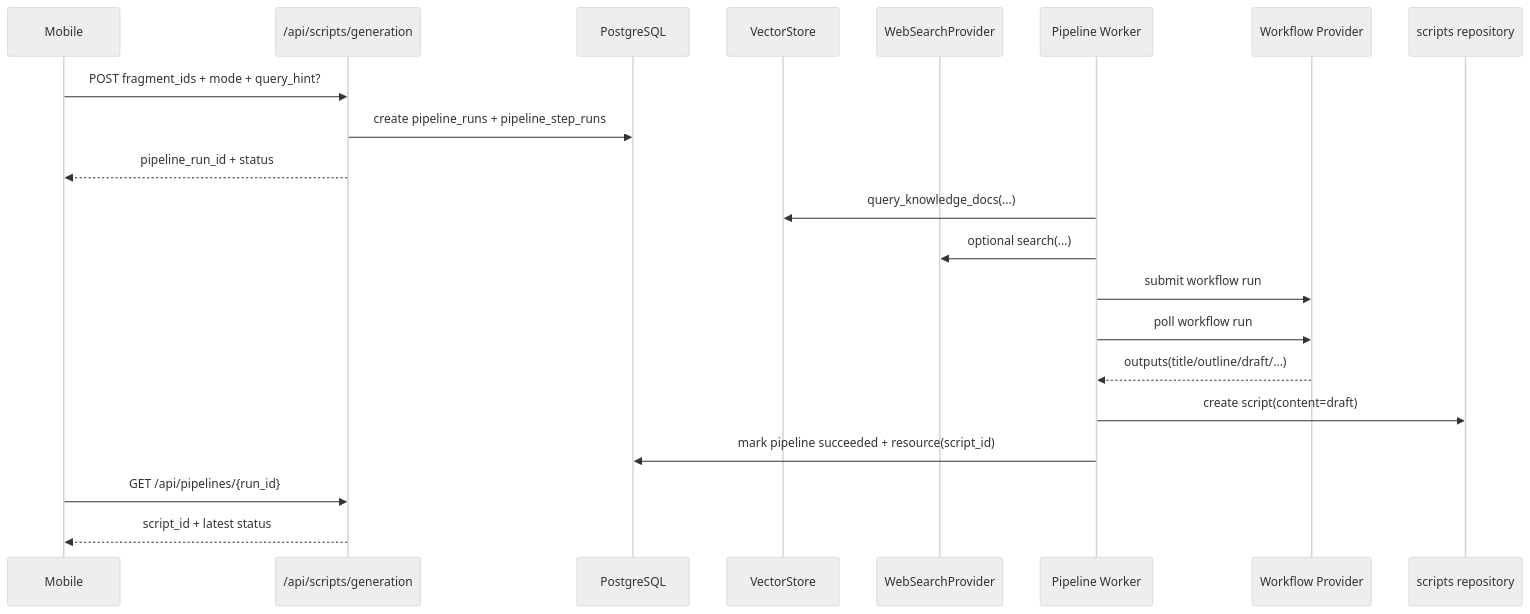
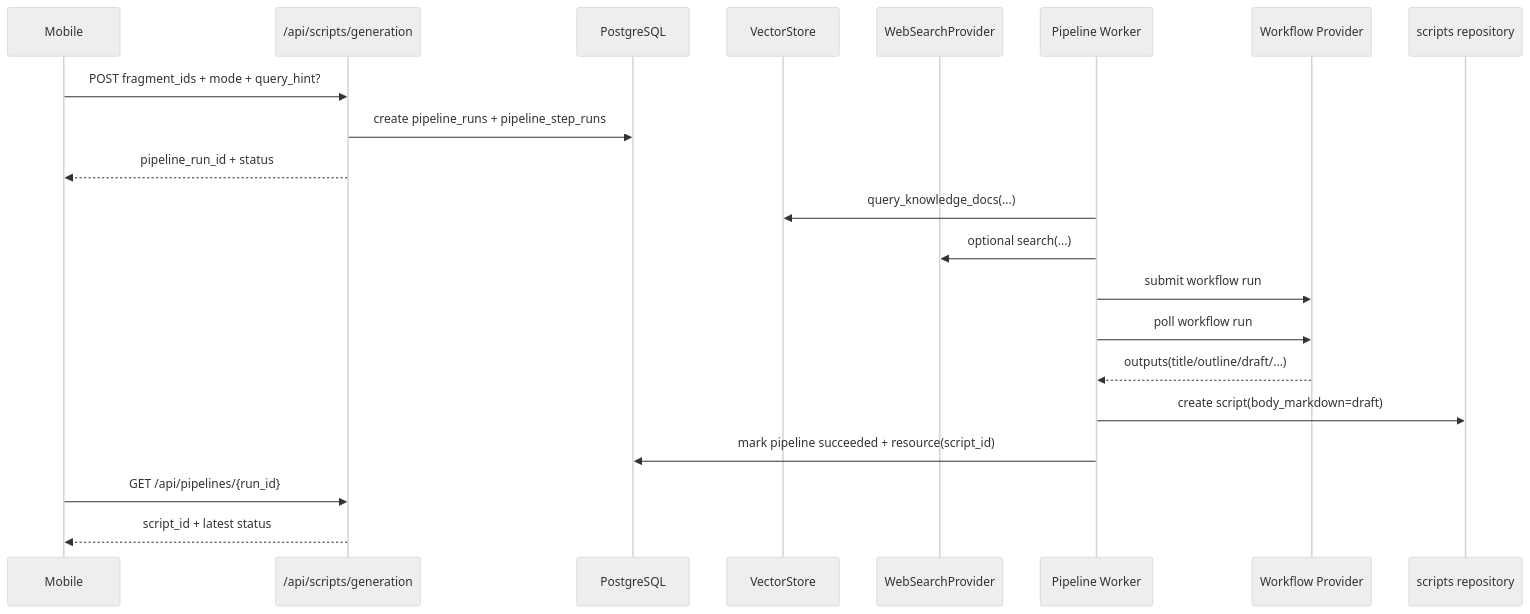
One commit to YCZA2/SparkFlow changed the sixth of 9 diagrams in memory-bank/architecture.md. Above: the diagram before and after it, drawn with Mermaid (neutral theme). The commit also changed other lines of this file and 22 other files, not shown here.

````diff
--- a/memory-bank/architecture.md
+++ b/memory-bank/architecture.md
@@ -318,24 +318,24 @@
 ```mermaid
 sequenceDiagram
     participant App as Mobile
     participant API as /api/scripts/generation
     participant DB as PostgreSQL
     participant VDB as VectorStore
     participant WEB as WebSearchProvider
     participant PIPE as Pipeline Worker
     participant WFP as Workflow Provider
     participant SCRIPT as scripts repository
 
     App->>API: POST fragment_ids + mode + query_hint?
     API->>DB: create pipeline_runs + pipeline_step_runs
     API-->>App: pipeline_run_id + status
     PIPE->>VDB: query_knowledge_docs(...)
     PIPE->>WEB: optional search(...)
     PIPE->>WFP: submit workflow run
     PIPE->>WFP: poll workflow run
     WFP-->>PIPE: outputs(title/outline/draft/...)
-    PIPE->>SCRIPT: create script(content=draft)
+    PIPE->>SCRIPT: create script(body_markdown=draft)
     PIPE->>DB: mark pipeline succeeded + resource(script_id)
     App->>API: GET /api/pipelines/{run_id}
     API-->>App: script_id + latest status
 ```
````
